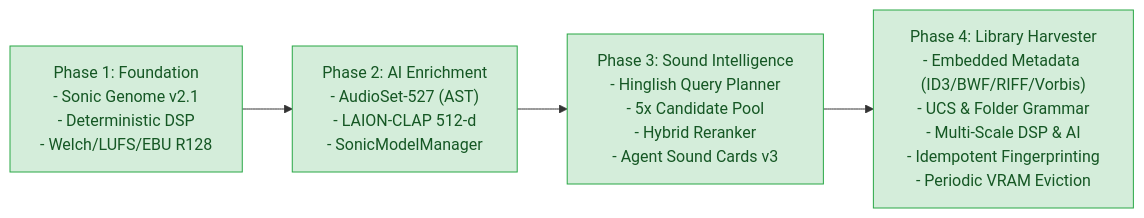
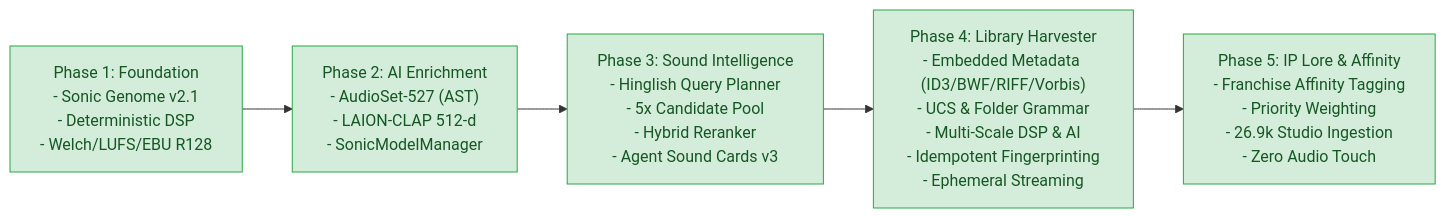
One commit to naksh-07/audiobook-maker changed the first of 3 diagrams in docs/SOUND_BANK.md. Above: the diagram before and after it, drawn with Mermaid. The commit also changed other lines of this file and 19 other files, not shown here.

First line of the commit message:
feat(sonic-intelligence): implement IP Lore & Franchise Affinity System, Witcher 3 studio audio vault ingestion, and sliding-window streaming harvester

````diff
--- a/docs/SOUND_BANK.md
+++ b/docs/SOUND_BANK.md
@@ -19,13 +19,15 @@
 ```mermaid
 flowchart LR
     P1["Phase 1: Foundation\n- Sonic Genome v2.1\n- Deterministic DSP\n- Welch/LUFS/EBU R128"]
     P2["Phase 2: AI Enrichment\n- AudioSet-527 (AST)\n- LAION-CLAP 512-d\n- SonicModelManager"]
     P3["Phase 3: Sound Intelligence\n- Hinglish Query Planner\n- 5x Candidate Pool\n- Hybrid Reranker\n- Agent Sound Cards v3"]
-    P4["Phase 4: Library Harvester\n- Embedded Metadata (ID3/BWF/RIFF/Vorbis)\n- UCS & Folder Grammar\n- Multi-Scale DSP & AI\n- Idempotent Fingerprinting\n- Periodic VRAM Eviction"]
+    P4["Phase 4: Library Harvester\n- Embedded Metadata (ID3/BWF/RIFF/Vorbis)\n- UCS & Folder Grammar\n- Multi-Scale DSP & AI\n- Idempotent Fingerprinting\n- Ephemeral Streaming"]
+    P5["Phase 5: IP Lore & Affinity\n- Franchise Affinity Tagging\n- Priority Weighting\n- 26.9k Studio Ingestion\n- Zero Audio Touch"]
 
-    P1 --> P2 --> P3 --> P4
+    P1 --> P2 --> P3 --> P4 --> P5
     style P1 fill:#d4edda,stroke:#28a745,color:#155724
     style P2 fill:#d4edda,stroke:#28a745,color:#155724
     style P3 fill:#d4edda,stroke:#28a745,color:#155724
     style P4 fill:#d4edda,stroke:#28a745,color:#155724
+    style P5 fill:#d4edda,stroke:#28a745,color:#155724
 ```
````
